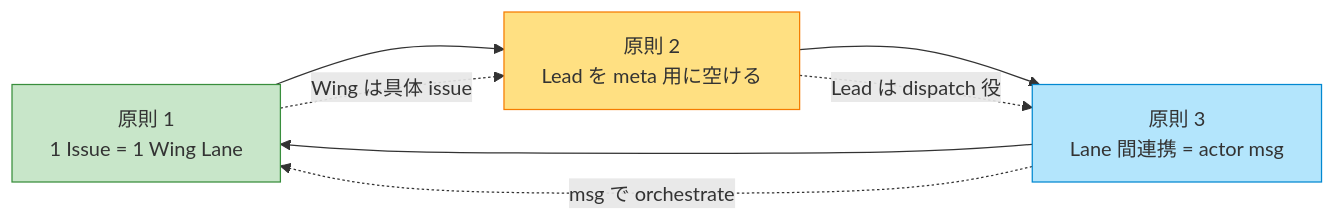
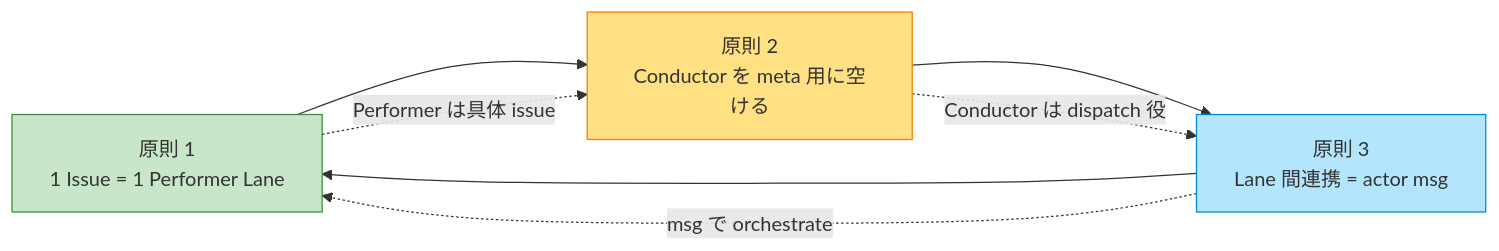
Before and after one commit to chronista-club/vantage-point: the fourth of 7 diagrams in docs/design/07-lane-as-process.md, drawn with Mermaid. The commit also changed other lines of this file and 20 other files, not shown here.

First line of the commit message:
docs(lane): conductor/performer rename を docs に sync + relational framing 明記

````diff
--- a/docs/design/07-lane-as-process.md
+++ b/docs/design/07-lane-as-process.md
@@ -358,14 +367,14 @@
 ```mermaid
 graph LR
-    P1["原則 1<br/>1 Issue = 1 Wing Lane"] --> P2["原則 2<br/>Lead を meta 用に空ける"]
+    P1["原則 1<br/>1 Issue = 1 Performer Lane"] --> P2["原則 2<br/>Conductor を meta 用に空ける"]
     P2 --> P3["原則 3<br/>Lane 間連携 = actor msg"]
     P3 --> P1
 
-    P1 -. "Wing は具体 issue" .-> P2
-    P2 -. "Lead は dispatch 役" .-> P3
+    P1 -. "Performer は具体 issue" .-> P2
+    P2 -. "Conductor は dispatch 役" .-> P3
     P3 -. "msg で orchestrate" .-> P1
 
     style P1 fill:#c8e6c9,stroke:#388e3c
     style P2 fill:#ffe082,stroke:#f57c00
     style P3 fill:#b3e5fc,stroke:#0288d1
 ```
````
